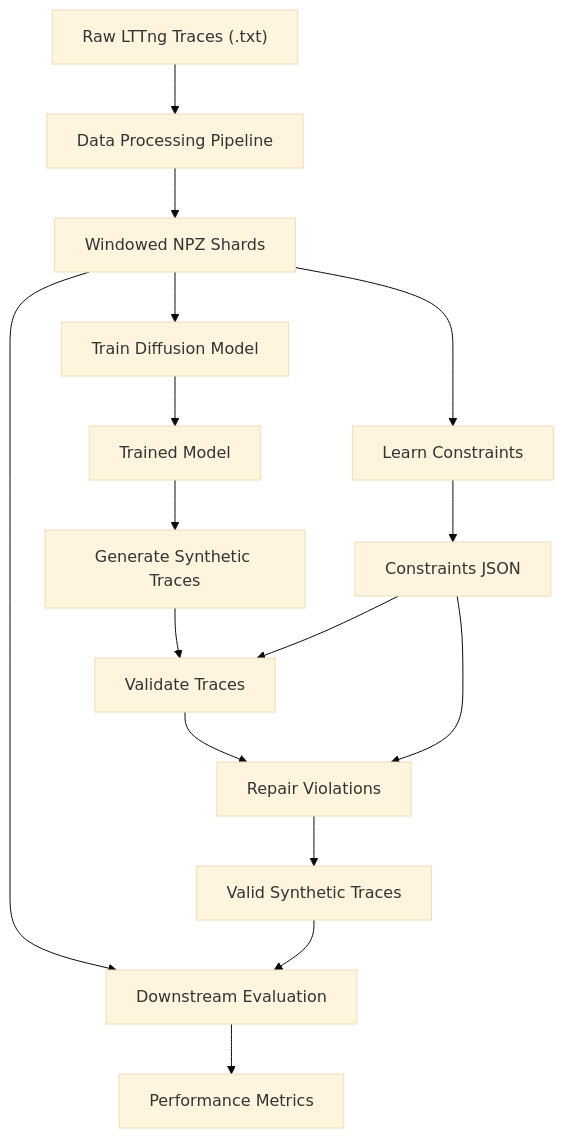
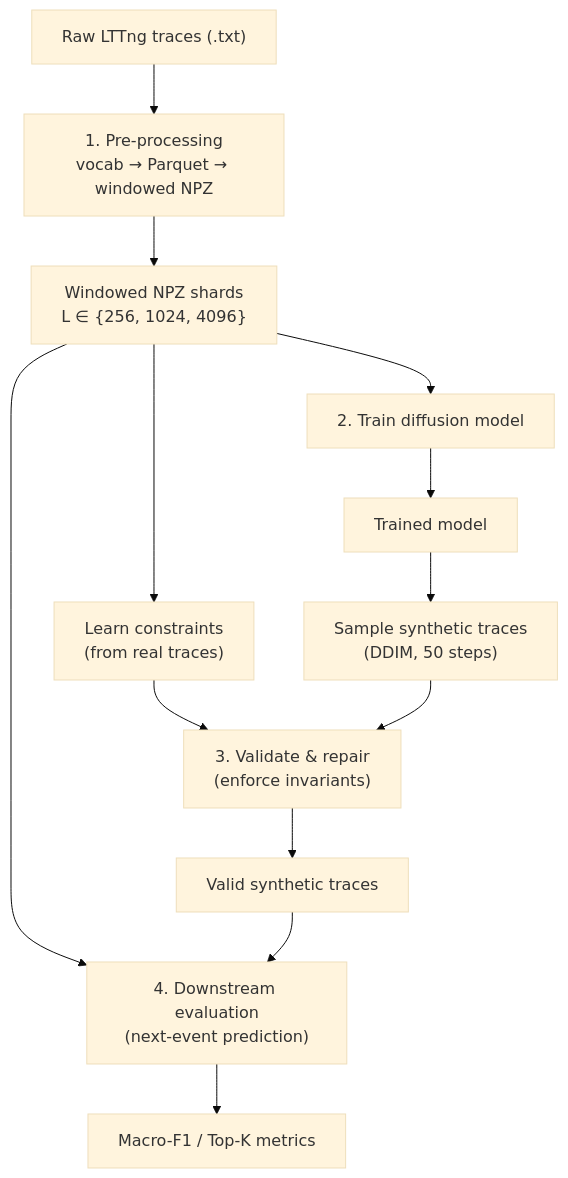
One commit to 17YuvrajSehgal/SyntheticLogGeneration changed the diagram in README.md. Above: the diagram before and after it, drawn with Mermaid (base theme). The commit also changed other lines of this file, not shown here.

````diff
--- a/README.md
+++ b/README.md
@@ -162,18 +56,15 @@
 ```mermaid
 graph TB
-    A["Raw LTTng Traces (.txt)"] --> B["Data Processing Pipeline"]
-    B --> C["Windowed NPZ Shards"]
-    C --> D["Learn Constraints"]
-    C --> E["Train Diffusion Model"]
-    D --> F["Constraints JSON"]
-    E --> G["Trained Model"]
-    G --> H["Generate Synthetic Traces"]
-    H --> I["Validate Traces"]
-    I --> J["Repair Violations"]
-    F --> I
-    F --> J
-    J --> K["Valid Synthetic Traces"]
-    C --> L["Downstream Evaluation"]
-    K --> L
-    L --> M["Performance Metrics"]
+    A["Raw LTTng traces (.txt)"] --> B["1. Pre-processing<br/>vocab → Parquet → windowed NPZ"]
+    B --> C["Windowed NPZ shards<br/>L ∈ {256, 1024, 4096}"]
+    C --> D["Learn constraints<br/>(from real traces)"]
+    C --> E["2. Train diffusion model"]
+    E --> F["Trained model"]
+    F --> G["Sample synthetic traces<br/>(DDIM, 50 steps)"]
+    D --> H["3. Validate & repair<br/>(enforce invariants)"]
+    G --> H
+    H --> I["Valid synthetic traces"]
+    C --> J["4. Downstream evaluation<br/>(next-event prediction)"]
+    I --> J
+    J --> K["Macro-F1 / Top-K metrics"]
 ```
````
